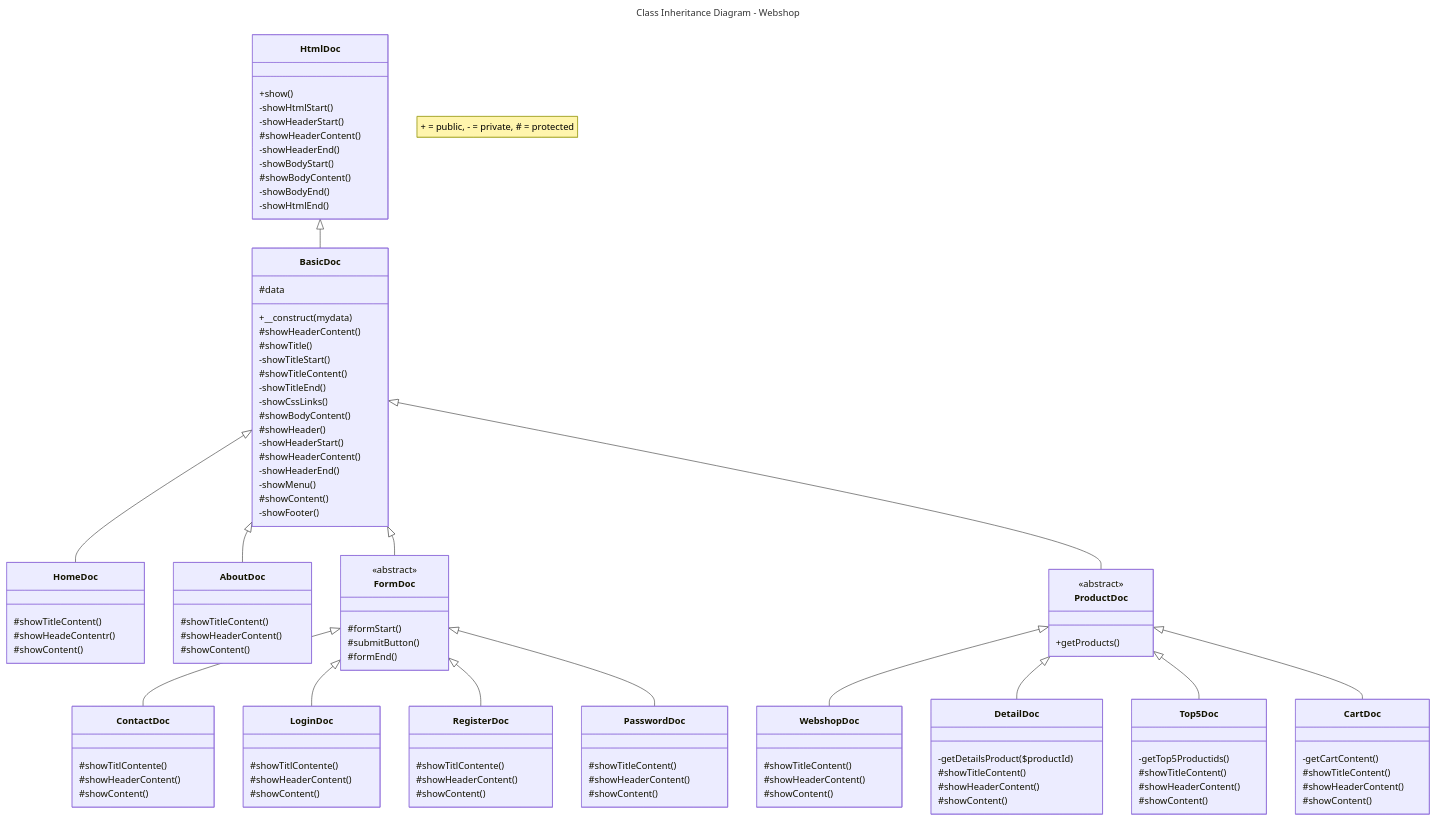
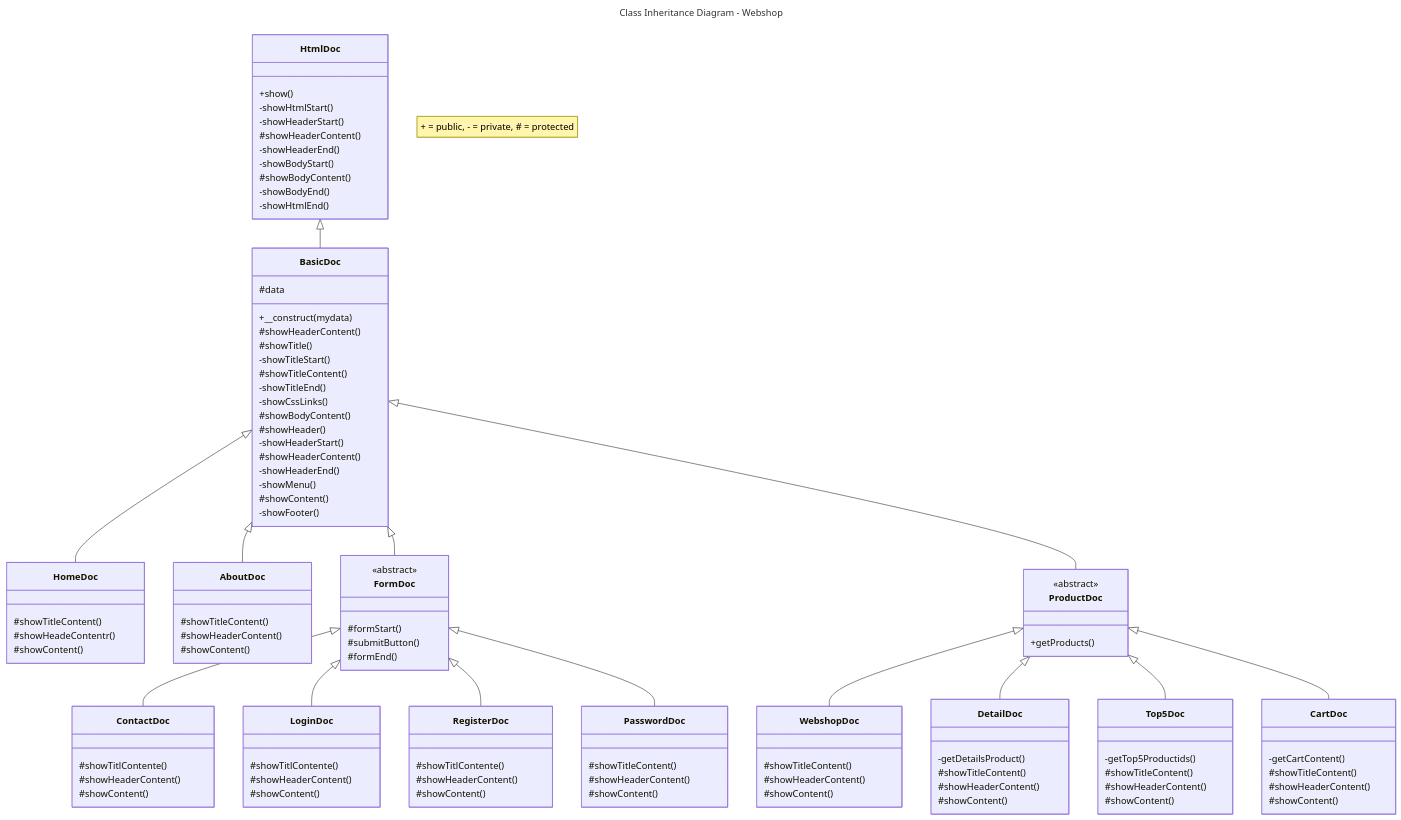
The diagram in Diagrams/class-inheritance-diagram-webshop.md (JeroenHeemskerk/educom-webshop-oop-1708595373), drawn with Mermaid before and after one commit.

```diff
--- a/Diagrams/class-inheritance-diagram-webshop.md
+++ b/Diagrams/class-inheritance-diagram-webshop.md
@@ -107,7 +107,7 @@
     }
 
     class DetailDoc{
-        -getDetailsProduct($productId)
+        -getDetailsProduct()
         #showTitleContent()
         #showHeaderContent()
         #showContent()
```
